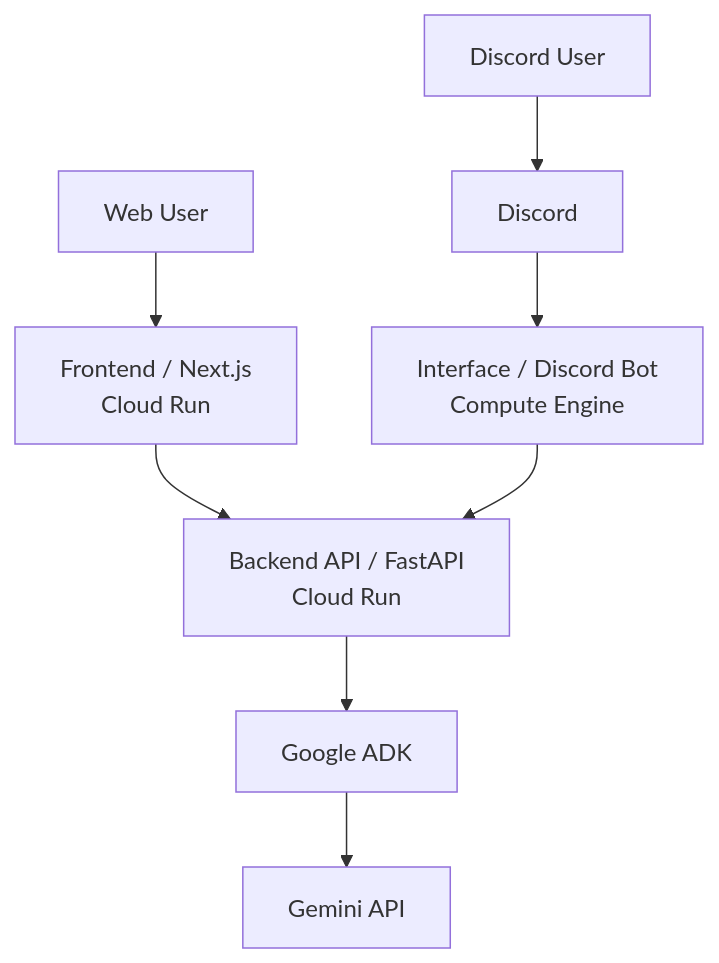
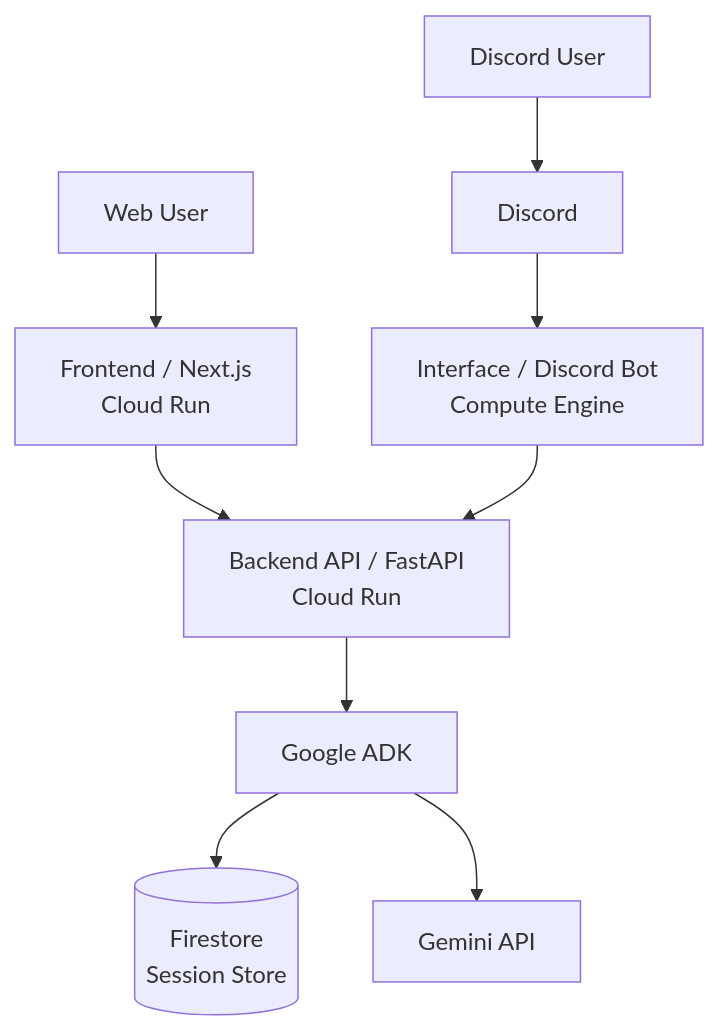
One commit to kkj333/madamis-ai changed the diagram in README.md. Above: the diagram before and after it, drawn with Mermaid. The commit also changed other lines of this file and 8 other files, not shown here.

````diff
--- a/README.md
+++ b/README.md
@@ -18,12 +19,13 @@
 ```mermaid
 flowchart TD
   WebUser[Web User] --> Frontend[Frontend / Next.js<br/>Cloud Run]
   Frontend --> Backend[Backend API / FastAPI<br/>Cloud Run]
 
   DiscordUser[Discord User] --> Discord[Discord]
   Discord --> Bot[Interface / Discord Bot<br/>Compute Engine]
   Bot --> Backend
 
   Backend --> ADK[Google ADK]
+  ADK --> Firestore[(Firestore<br/>Session Store)]
   ADK --> Gemini[Gemini API]
 ```
````
